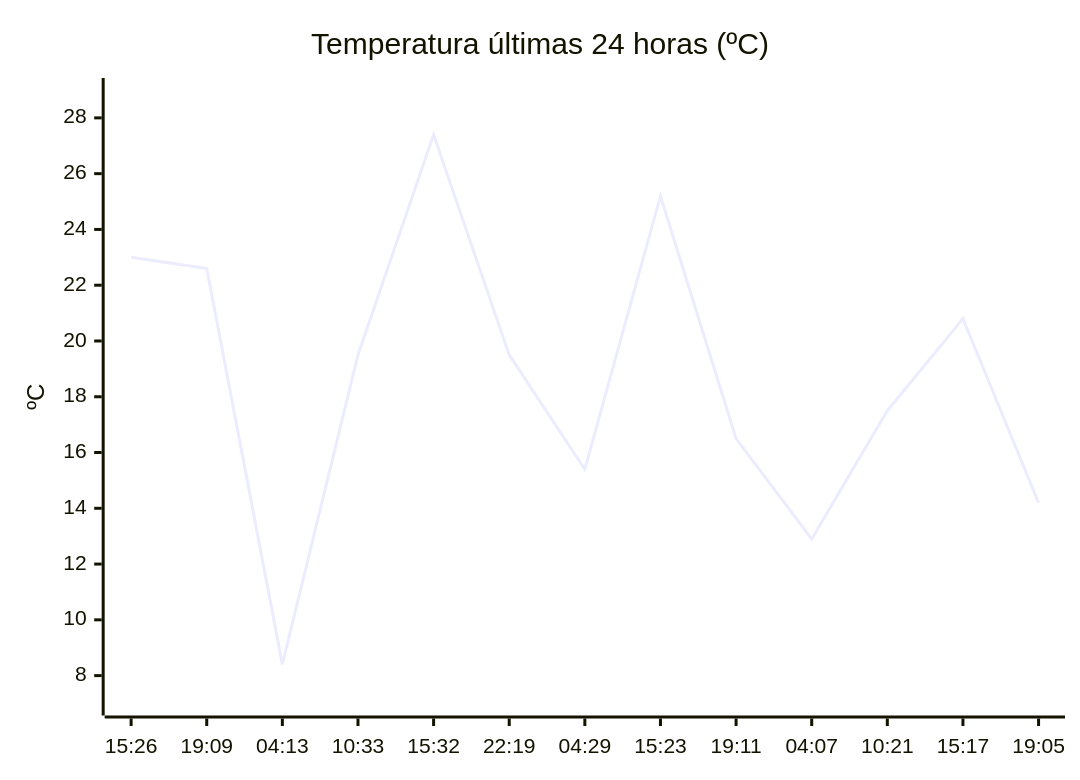
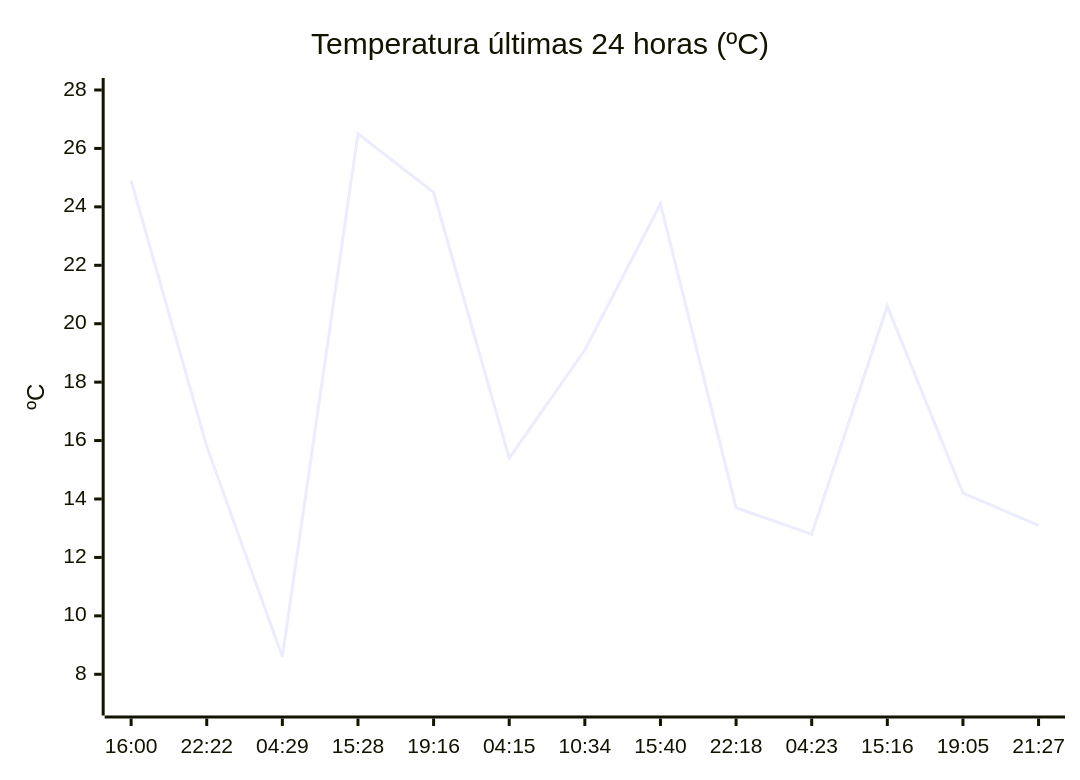
Before and after one commit to solidsnk86/rem-scrap: the diagram in README.md, drawn with Mermaid. The commit also changed other lines of this file, not shown here.

````diff
--- a/README.md
+++ b/README.md
@@ -32,7 +28,7 @@
 ```mermaid
 xychart-beta
     title "Temperatura últimas 24 horas (ºC)"
-    x-axis ["15:26", "19:09", "04:13", "10:33", "15:32", "22:19", "04:29", "15:23", "19:11", "04:07", "10:21", "15:17", "19:05"]
-    y-axis "ºC" 7 --> 29
-    line [23, 22.6, 8.4, 19.5, 27.4, 19.5, 15.4, 25.2, 16.5, 12.9, 17.5, 20.8, 14.2]
+    x-axis ["16:00", "22:22", "04:29", "15:28", "19:16", "04:15", "10:34", "15:40", "22:18", "04:23", "15:16", "19:05", "21:27"]
+    y-axis "ºC" 7 --> 28
+    line [24.9, 15.8, 8.6, 26.5, 24.5, 15.4, 19.1, 24.1, 13.7, 12.8, 20.6, 14.2, 13.1]
 ```
````
